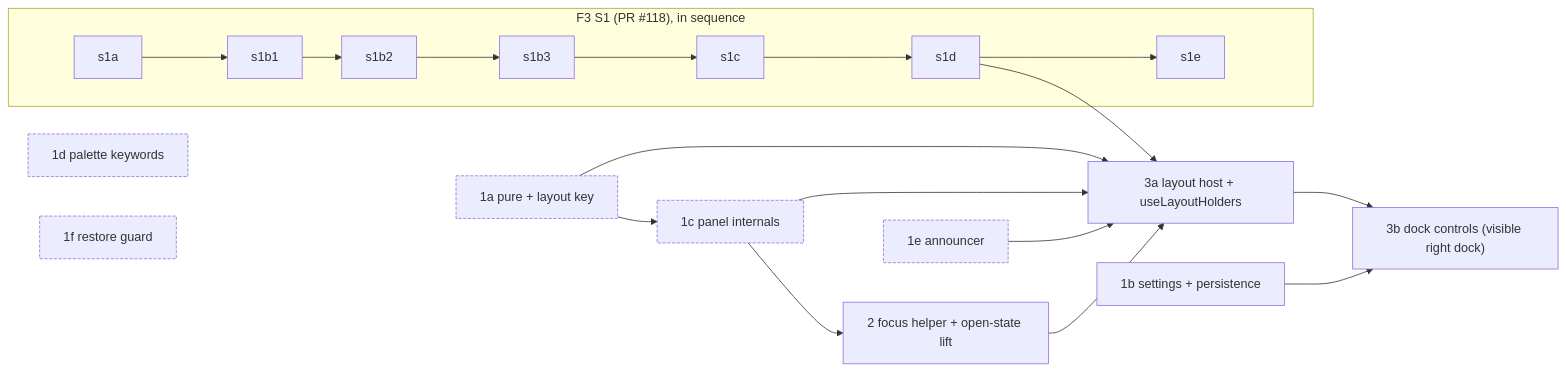
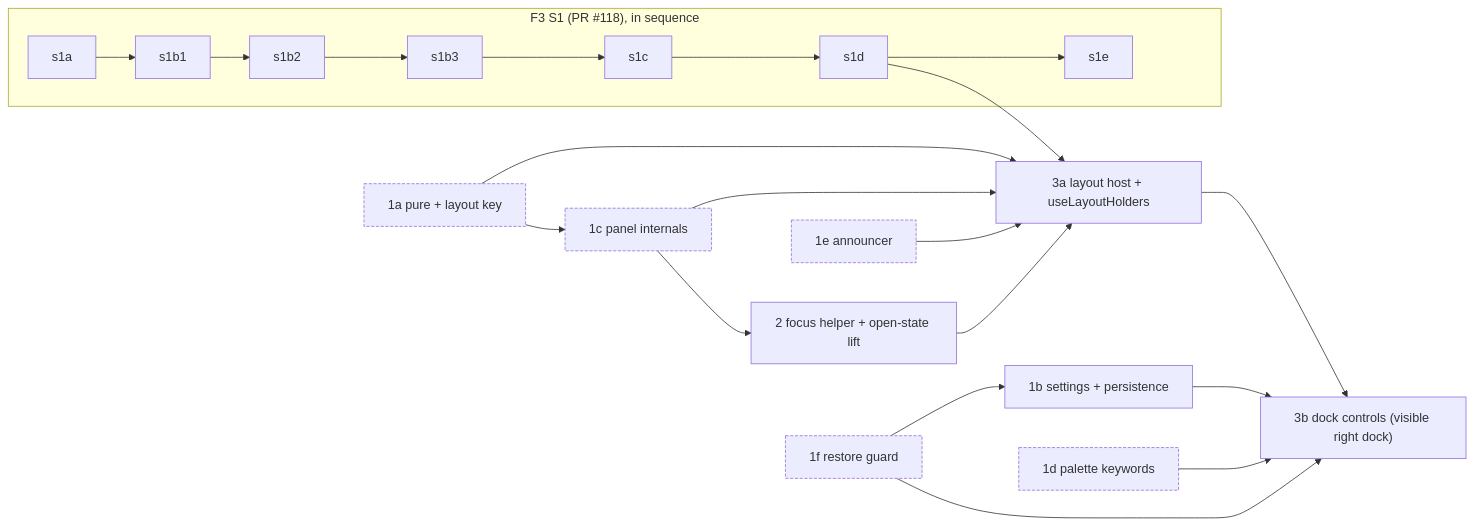
Before and after one commit to alvin-reyes/better-agentic-ide: the second of 2 diagrams in docs/superpowers/specs/2026-11-10-thoughts-panel-architecture.md, drawn with Mermaid. The commit also changed other lines of this file and 3 other files, not shown here.

Commit message:
Design: Thoughts panel dock architecture note revision 4 (delta review: restore guard wiring test A-9, threaded test A-8, commands over spawn_blocking, resumeAutoSave after a failed restore, slot types in panelLayout.ts, A-5 setup and width-only string test, edges 1d and 1f to 3b)

````diff
--- a/docs/superpowers/specs/2026-11-10-thoughts-panel-architecture.md
+++ b/docs/superpowers/specs/2026-11-10-thoughts-panel-architecture.md
@@ -359,24 +410,27 @@
 ```mermaid
 flowchart LR
   subgraph F3["F3 S1 (PR #118), in sequence"]
     s1a --> s1b1 --> s1b2 --> s1b3 --> s1c --> s1d --> s1e
   end
   T1a["1a pure + layout key"]:::any
   T1c["1c panel internals"]:::any
   T1d["1d palette keywords"]:::any
   T1e["1e announcer"]:::any
   T1f["1f restore guard"]:::any
   T1b["1b settings + persistence"]
   T2["2 focus helper + open-state lift"]
   T3a["3a layout host + useLayoutHolders"]
   T3b["3b dock controls (visible right dock)"]
   T1a --> T1c
   T1c --> T2
   s1d --> T3a --> T3b
   T1a --> T3a
   T1c --> T3a
   T1e --> T3a
   T2 --> T3a
   T1b --> T3b
+  T1d --> T3b
+  T1f --> T3b
+  T1f --> T1b
   classDef any stroke-dasharray: 4 2
 ```
````
